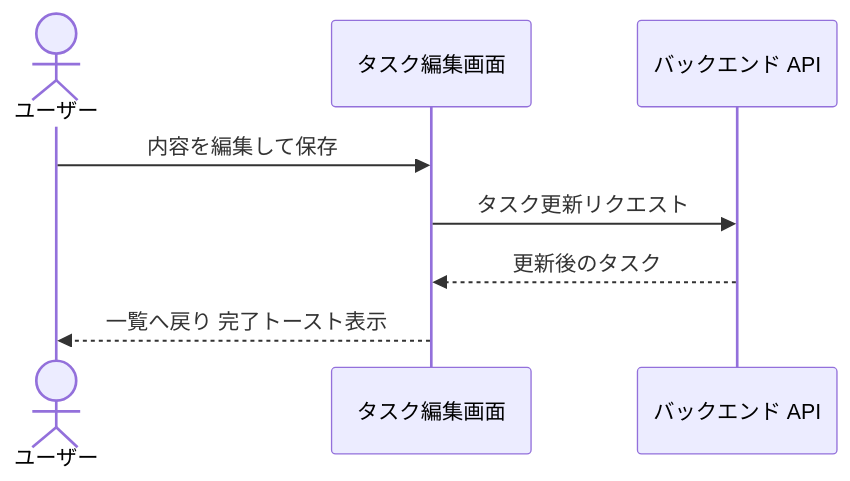
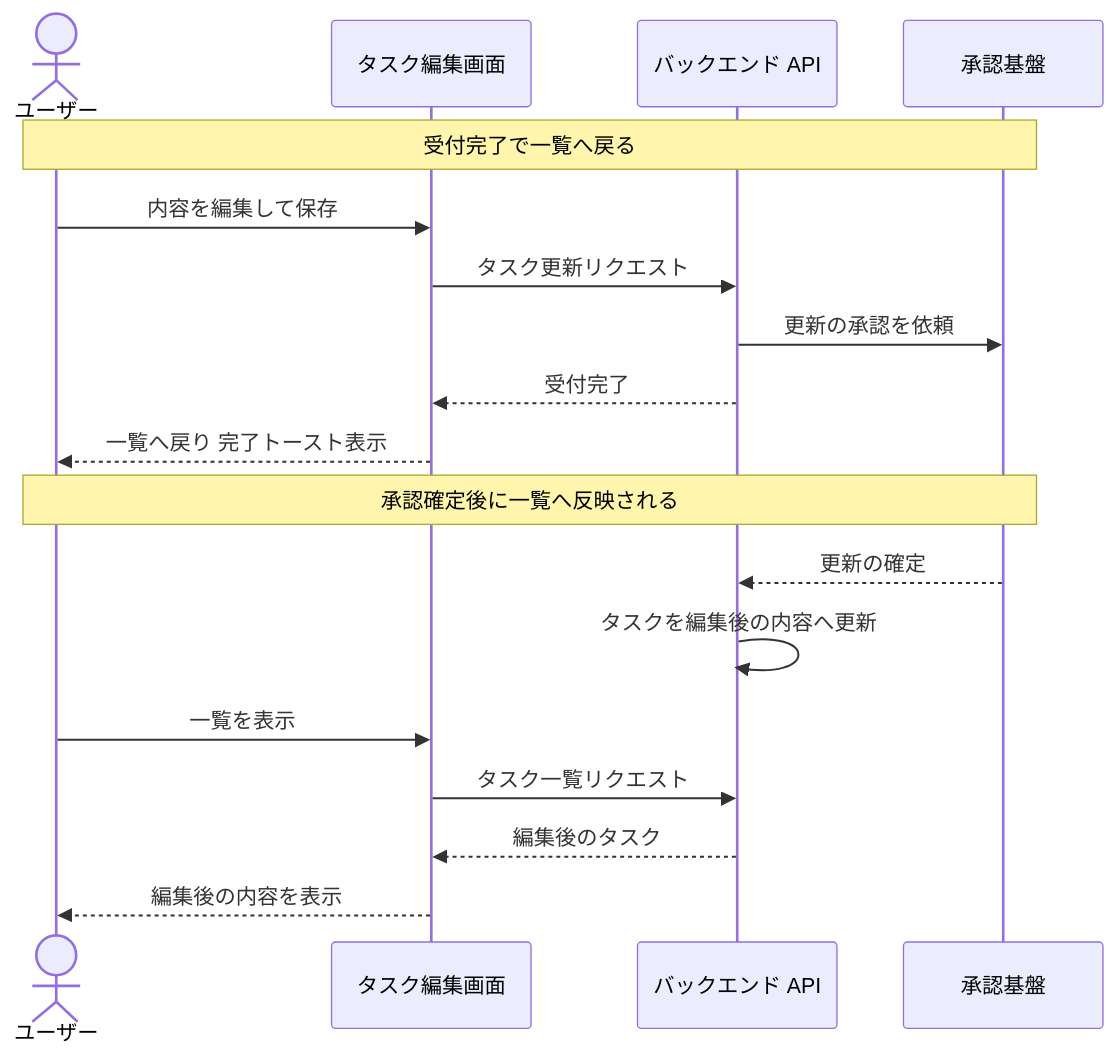
One commit to shuhei1101/ai-monitor-e2e changed the first of 2 diagrams in docs/wiki/設計図/シナリオ/単一ユースケース/タスク編集.md. Above: the diagram before and after it, drawn with Mermaid. The commit also changed other lines of this file, not shown here.

Commit message:
タスク編集単一シナリオを承認確定後の非同期反映へ修正

````diff
--- a/docs/wiki/設計図/シナリオ/単一ユースケース/タスク編集.md
+++ b/docs/wiki/設計図/シナリオ/単一ユースケース/タスク編集.md
@@ -20,11 +20,22 @@
 ```mermaid
 sequenceDiagram
   actor U as ユーザー
   participant FE as タスク編集画面
   participant BE as バックエンド API
+  participant AB as 承認基盤
 
+  Note over U,AB: 受付完了で一覧へ戻る
   U->>FE: 内容を編集して保存
   FE->>BE: タスク更新リクエスト
-  BE-->>FE: 更新後のタスク
+  BE->>AB: 更新の承認を依頼
+  BE-->>FE: 受付完了
   FE-->>U: 一覧へ戻り 完了トースト表示
+
+  Note over U,AB: 承認確定後に一覧へ反映される
+  AB-->>BE: 更新の確定
+  BE->>BE: タスクを編集後の内容へ更新
+  U->>FE: 一覧を表示
+  FE->>BE: タスク一覧リクエスト
+  BE-->>FE: 編集後のタスク
+  FE-->>U: 編集後の内容を表示
 ```
````
